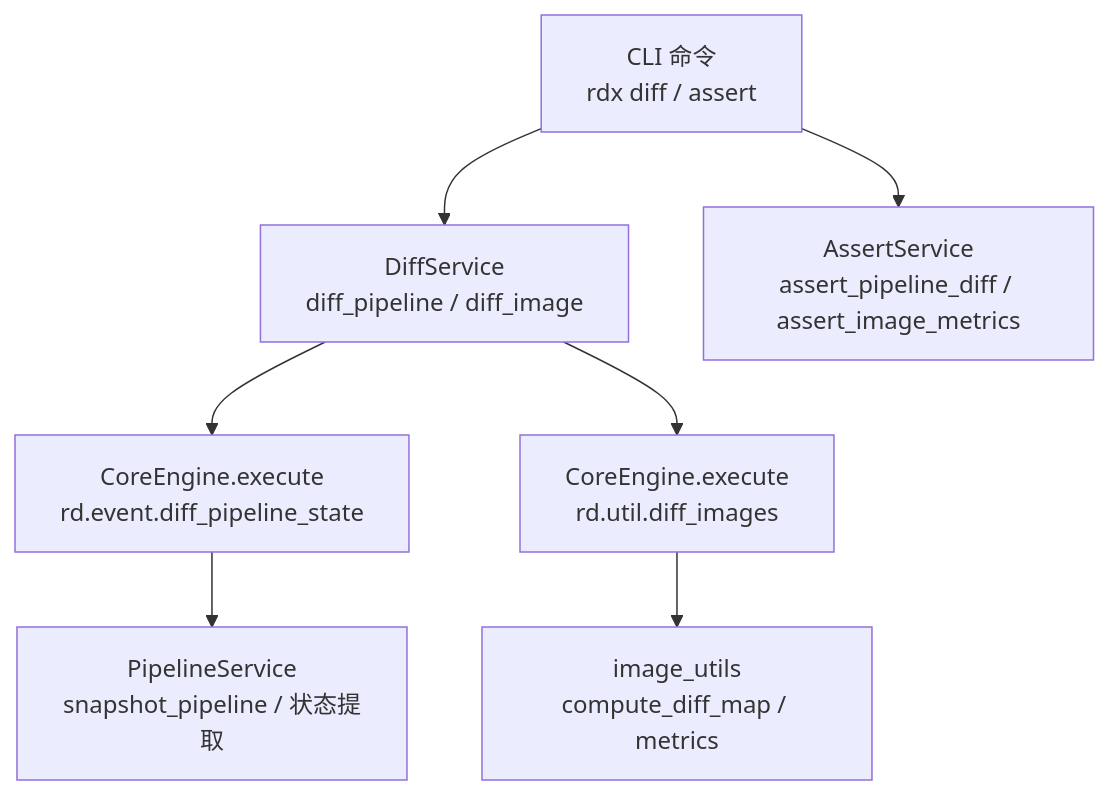
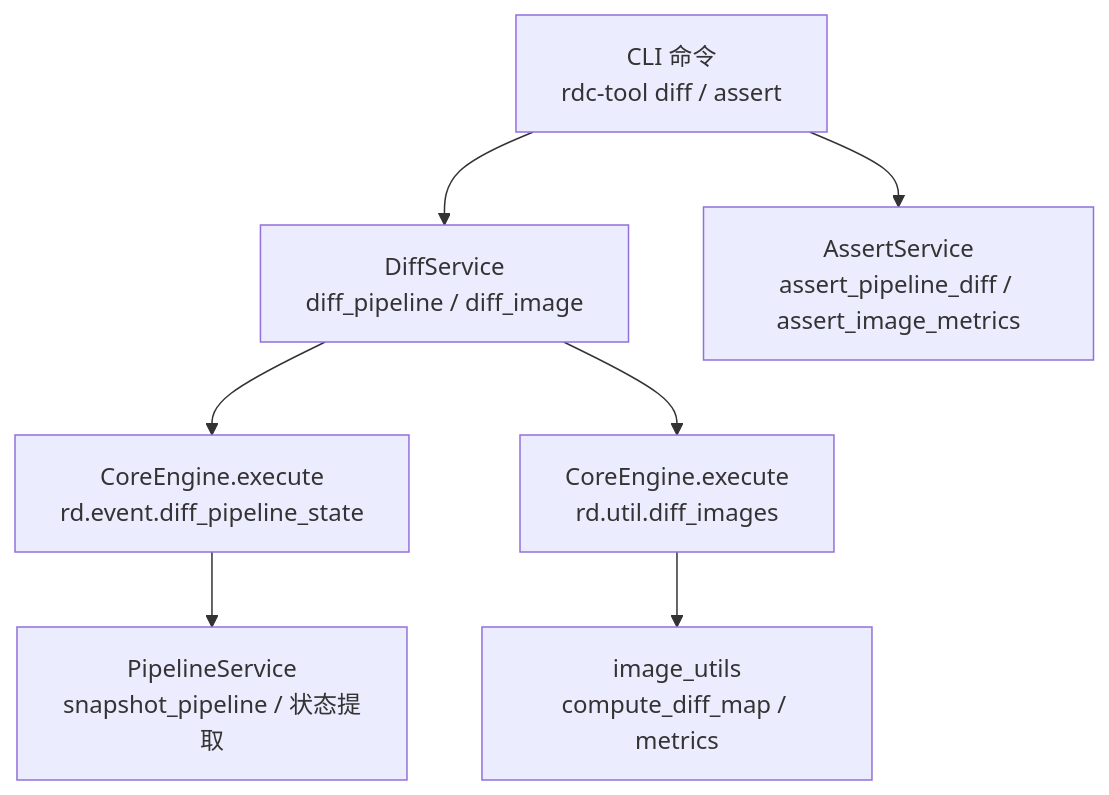
Before and after one commit to haolange/RDC-Tool: the first of 7 diagrams in .qoder/repowiki/zh/content/CLI参考手册/差异比较和断言命令.md, drawn with Mermaid. The commit also changed other lines of this file and 388 other files, not shown here.

First line of the commit message:
Release RDC-Tool identity and public maintenance surface

````diff
--- a/.qoder/repowiki/zh/content/CLI参考手册/差异比较和断言命令.md
+++ b/.qoder/repowiki/zh/content/CLI参考手册/差异比较和断言命令.md
@@ -43,9 +43,9 @@
 ```mermaid
 graph TB
-CLI["CLI 命令<br/>rdx diff / assert"] --> DiffSvc["DiffService<br/>diff_pipeline / diff_image"]
+CLI["CLI 命令<br/>rdc-tool diff / assert"] --> DiffSvc["DiffService<br/>diff_pipeline / diff_image"]
 CLI --> AssertSvc["AssertService<br/>assert_pipeline_diff / assert_image_metrics"]
 DiffSvc --> CoreOps["CoreEngine.execute<br/>rd.event.diff_pipeline_state"]
 DiffSvc --> UtilOps["CoreEngine.execute<br/>rd.util.diff_images"]
 UtilOps --> ImgUtils["image_utils<br/>compute_diff_map / metrics"]
 CoreOps --> PipeSvc["PipelineService<br/>snapshot_pipeline / 状态提取"]
 ```
````
